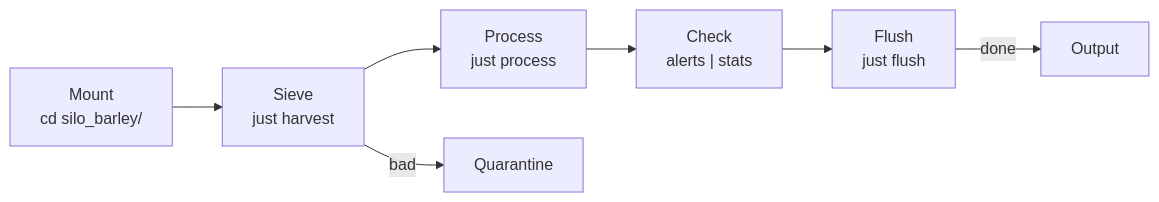
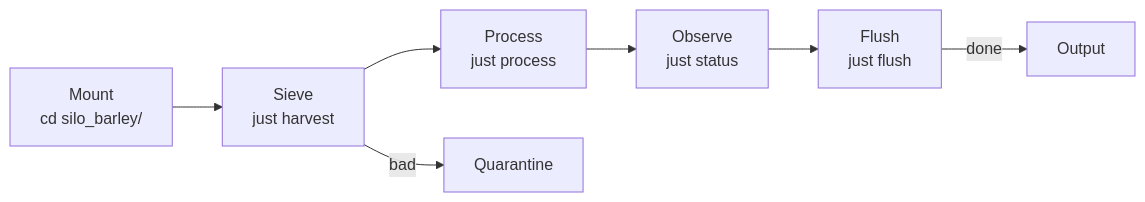
The diagram in examples/silo_barley/README.md (pjsvis/just-silo), drawn with Mermaid before and after one commit. The commit also changed other lines of this file and 15 other files, not shown here.

````diff
--- a/examples/silo_barley/README.md
+++ b/examples/silo_barley/README.md
@@ -39,9 +90,9 @@
 ```mermaid
 flowchart LR
     A["Mount\ncd silo_barley/"] --> B["Sieve\njust harvest"]
     B --> C["Process\njust process"]
-    C --> D["Check\nalerts | stats"]
+    C --> D["Observe\njust status"]
     D --> E["Flush\njust flush"]
     B -->|bad| Q["Quarantine"]
     E -->|done| O["Output"]
 ```
````
